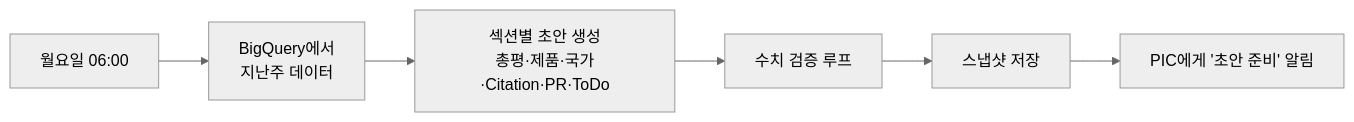
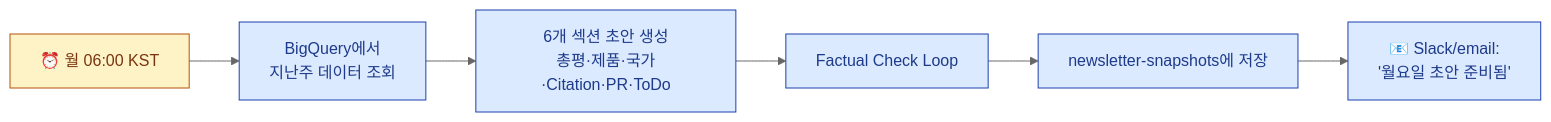
One commit to mts8787-droid/my-geo-newsletter changed diagram 12 of 14 in docs/ADMIN_PLAN.md. Above: the diagram before and after it, drawn with Mermaid (neutral theme). The commit also changed other lines of this file, not shown here.

First line of the commit message:
docs: ADMIN_PLAN v3 — 각주 + 펼침 설명 + 컬러 다이어그램

````diff
--- a/docs/ADMIN_PLAN.md
+++ b/docs/ADMIN_PLAN.md
@@ -317,8 +562,14 @@
 ```mermaid
 flowchart LR
-  Mon06[월요일 06:00] --> Get[BigQuery에서<br/>지난주 데이터]
-  Get --> Draft[섹션별 초안 생성<br/>총평·제품·국가·Citation·PR·ToDo]
-  Draft --> Check[수치 검증 루프]
-  Check --> Save[스냅샷 저장]
-  Save --> Notify[PIC에게 '초안 준비' 알림]
+  classDef time fill:#FEF3C7,stroke:#B45309,color:#78350F
+  classDef step fill:#DBEAFE,stroke:#1E40AF,color:#1E3A8A
+
+  T[⏰ 월 06:00 KST]:::time
+  S1[BigQuery에서<br/>지난주 데이터 조회]:::step
+  S2[6개 섹션 초안 생성<br/>총평·제품·국가·Citation·PR·ToDo]:::step
+  S3[Factual Check Loop]:::step
+  S4[newsletter-snapshots에 저장]:::step
+  S5[📧 Slack/email:<br/>'월요일 초안 준비됨']:::step
+
+  T --> S1 --> S2 --> S3 --> S4 --> S5
 ```
````
